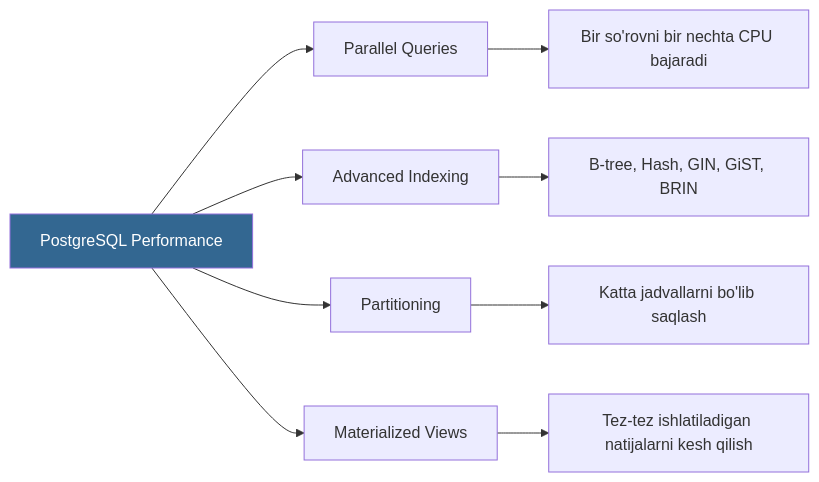
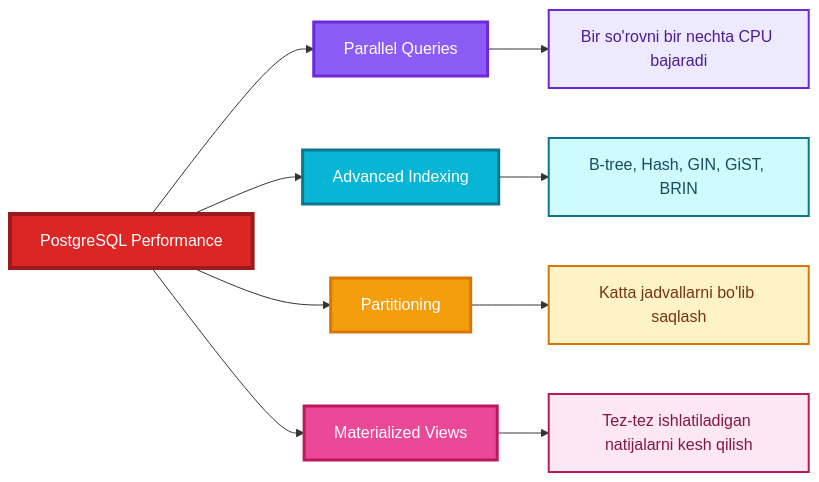
One commit to deepcode-academy/PSQL-Tutorials changed the sixth of 8 diagrams in 01-postgresql/README.md. Above: the diagram before and after it, drawn with Mermaid. The commit also changed other lines of this file, not shown here.

````diff
--- a/01-postgresql/README.md
+++ b/01-postgresql/README.md
@@ -258,14 +270,22 @@
 ```mermaid
 graph LR
     A[PostgreSQL Performance] --> B[Parallel Queries]
     A --> C[Advanced Indexing]
     A --> D[Partitioning]
     A --> E[Materialized Views]
     
     B --> F[Bir so'rovni bir nechta CPU bajaradi]
     C --> G[B-tree, Hash, GIN, GiST, BRIN]
     D --> H[Katta jadvallarni bo'lib saqlash]
     E --> I[Tez-tez ishlatiladigan natijalarni kesh qilish]
     
-    style A fill:#336791,color:#fff
+    style A fill:#dc2626,color:#fff,stroke:#991b1b,stroke-width:4px
+    style B fill:#8b5cf6,color:#fff,stroke:#6d28d9,stroke-width:3px
+    style C fill:#06b6d4,color:#fff,stroke:#0e7490,stroke-width:3px
+    style D fill:#f59e0b,color:#fff,stroke:#d97706,stroke-width:3px
+    style E fill:#ec4899,color:#fff,stroke:#be185d,stroke-width:3px
+    style F fill:#ede9fe,color:#4c1d95,stroke:#6d28d9,stroke-width:2px
+    style G fill:#cffafe,color:#164e63,stroke:#0e7490,stroke-width:2px
+    style H fill:#fef3c7,color:#78350f,stroke:#d97706,stroke-width:2px
+    style I fill:#fce7f3,color:#831843,stroke:#be185d,stroke-width:2px
 ```
````
